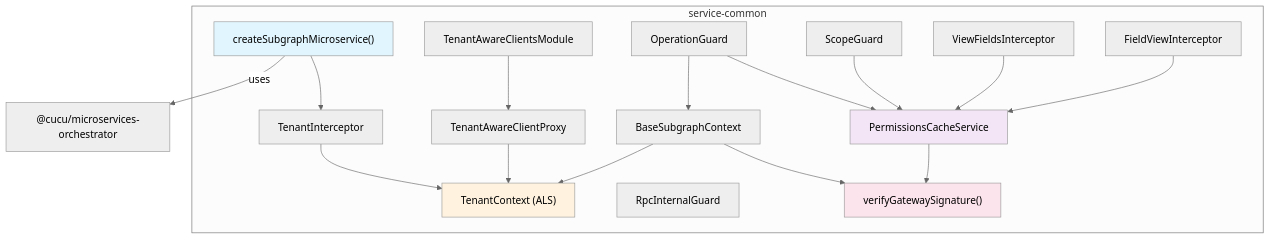
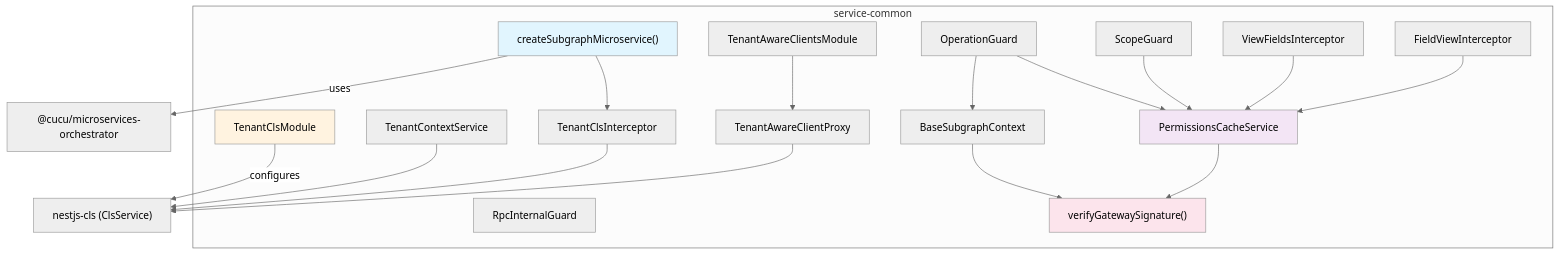
Before and after one commit to CucuProject/cucu-docs: the first of 4 diagrams in docs/shared/service-common.md, drawn with Mermaid (neutral theme). The commit also changed other lines of this file and 8 other files, not shown here.

First line of the commit message:
docs: update for nestjs-cls migration, JWT auth middleware, gateway refactor

````diff
--- a/docs/shared/service-common.md
+++ b/docs/shared/service-common.md
@@ -7,37 +7,39 @@
 ```mermaid
 graph TB
     subgraph "service-common"
         Bootstrap["createSubgraphMicroservice()"]
-        TenantCtx["TenantContext (ALS)"]
-        TenantInt["TenantInterceptor"]
+        TenantClsMod["TenantClsModule"]
+        TenantCtxSvc["TenantContextService"]
+        TenantClsInt["TenantClsInterceptor"]
         TenantProxy["TenantAwareClientProxy"]
         TenantModule["TenantAwareClientsModule"]
         PermCache["PermissionsCacheService"]
         OpGuard["OperationGuard"]
         ScopeGuard["ScopeGuard"]
         RpcGuard["RpcInternalGuard"]
         ViewFields["ViewFieldsInterceptor"]
         FieldView["FieldViewInterceptor"]
         HMAC["verifyGatewaySignature()"]
         BaseCtx["BaseSubgraphContext"]
     end
 
-    Bootstrap --> TenantInt
+    Bootstrap --> TenantClsInt
     Bootstrap --> |uses| Orchestrator["@cucu/microservices-orchestrator"]
-    TenantInt --> TenantCtx
-    TenantProxy --> TenantCtx
+    TenantClsMod --> |configures| CLS["nestjs-cls (ClsService)"]
+    TenantClsInt --> CLS
+    TenantCtxSvc --> CLS
+    TenantProxy --> CLS
     TenantModule --> TenantProxy
     OpGuard --> PermCache
     OpGuard --> BaseCtx
     ScopeGuard --> PermCache
     ViewFields --> PermCache
     FieldView --> PermCache
     PermCache --> HMAC
     BaseCtx --> HMAC
-    BaseCtx --> TenantCtx
 
     style Bootstrap fill:#e1f5fe
-    style TenantCtx fill:#fff3e0
+    style TenantClsMod fill:#fff3e0
     style PermCache fill:#f3e5f5
     style HMAC fill:#fce4ec
 ```
````
